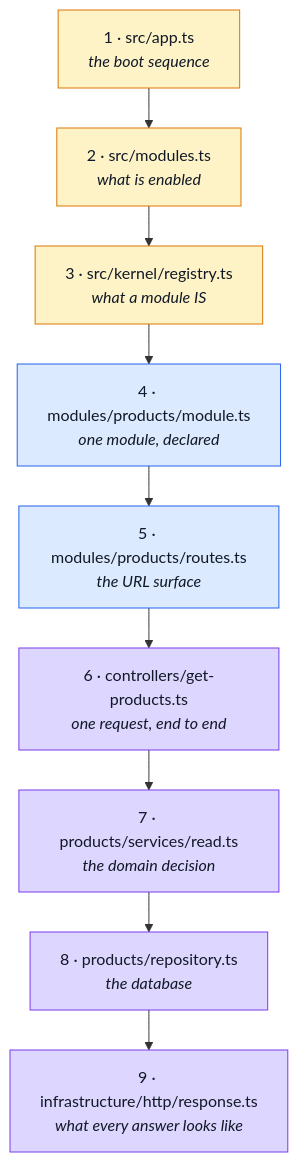
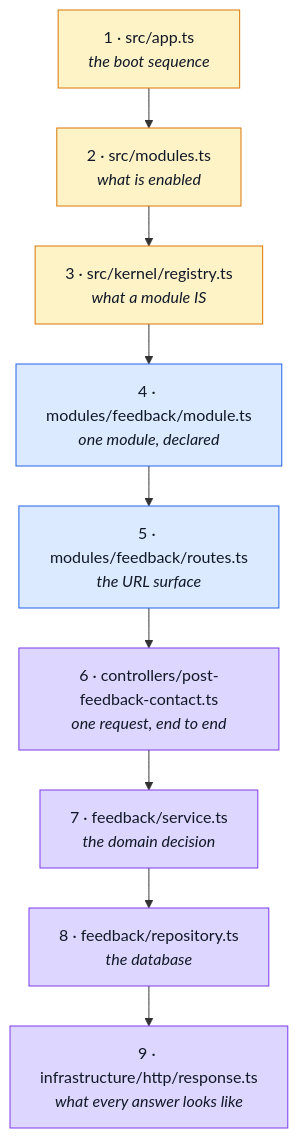
One commit to Guebbit/boilerplate-node-backend changed the diagram in docs/theory/reading-path.md. Above: the diagram before and after it, drawn with Mermaid. The commit also changed other lines of this file and 9 other files, not shown here.

First line of the commit message:
docs(modules): index and sidebar are generated and grouped foundation/shop; feedback is the module to copy

````diff
--- a/docs/theory/reading-path.md
+++ b/docs/theory/reading-path.md
@@ -26,19 +26,19 @@
 ```mermaid
 %%{init: {'flowchart': {'nodeSpacing': 30, 'rankSpacing': 40}}}%%
 flowchart TD
     A["1 · src/app.ts<br/><i>the boot sequence</i>"] --> B["2 · src/modules.ts<br/><i>what is enabled</i>"]
     B --> C["3 · src/kernel/registry.ts<br/><i>what a module IS</i>"]
-    C --> D["4 · modules/products/module.ts<br/><i>one module, declared</i>"]
-    D --> E["5 · modules/products/routes.ts<br/><i>the URL surface</i>"]
-    E --> F["6 · controllers/get-products.ts<br/><i>one request, end to end</i>"]
-    F --> G["7 · products/services/read.ts<br/><i>the domain decision</i>"]
-    G --> H["8 · products/repository.ts<br/><i>the database</i>"]
+    C --> D["4 · modules/feedback/module.ts<br/><i>one module, declared</i>"]
+    D --> E["5 · modules/feedback/routes.ts<br/><i>the URL surface</i>"]
+    E --> F["6 · controllers/post-feedback-contact.ts<br/><i>one request, end to end</i>"]
+    F --> G["7 · feedback/service.ts<br/><i>the domain decision</i>"]
+    G --> H["8 · feedback/repository.ts<br/><i>the database</i>"]
     H --> I["9 · infrastructure/http/response.ts<br/><i>what every answer looks like</i>"]
 
     classDef boot fill:#fef3c7,stroke:#d97706,color:#111827;
     classDef mod fill:#dbeafe,stroke:#2563eb,color:#111827;
     classDef req fill:#ddd6fe,stroke:#7c3aed,color:#111827;
     class A,B,C boot;
     class D,E mod;
     class F,G,H,I req;
 ```
````
